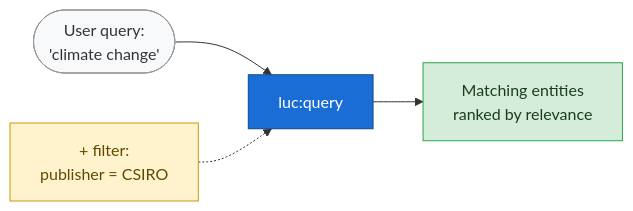
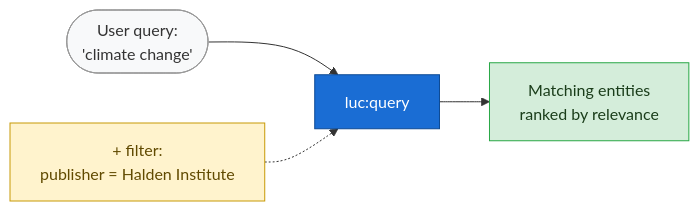
The first of 12 diagrams in docs/08-use-cases.md (Kurrawong/jena), drawn with Mermaid before and after one commit. The commit also changed other lines of this file and 40 other files, not shown here.

````diff
--- a/docs/08-use-cases.md
+++ b/docs/08-use-cases.md
@@ -13,16 +13,16 @@
 ```mermaid
 flowchart LR
     User(["User query:<br/>'climate change'"])
-    Filter["+ filter:<br/>publisher = CSIRO"]
+    Filter["+ filter:<br/>publisher = Halden Institute"]
     Query["luc:query"]
     Results["Matching entities<br/>ranked by relevance"]
 
     User --> Query
     Filter -.-> Query
     Query --> Results
 
     style User fill:#f8f9fa,stroke:#999,color:#333
     style Filter fill:#fff3cd,stroke:#c89a06,color:#614a00
     style Query fill:#1a6dd4,stroke:#0d4a94,color:#fff
     style Results fill:#d4edda,stroke:#28a745,color:#1a3d1a
 ```
````
